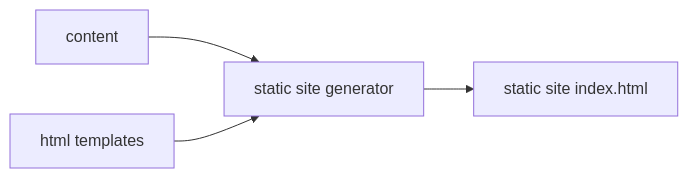
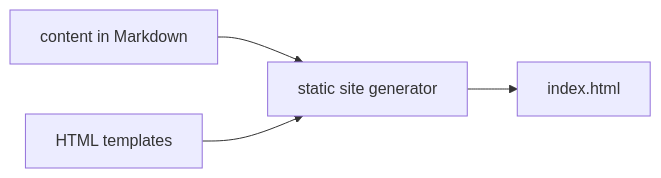
Before and after one commit to enkron/enkron.github.io: the diagram in README.md, drawn with Mermaid.

Commit message:
fix: correct flowchart

````diff
--- a/README.md
+++ b/README.md
@@ -4,6 +4,6 @@
 ```mermaid
     flowchart LR;
-    A[content] --> B[static site generator];
-    C[html templates]-->B;
-    B-->D[static site index.html];
+    A[content in Markdown] --> B[static site generator];
+    C[HTML templates]-->B;
+    B-->D[index.html];
 ```
````
